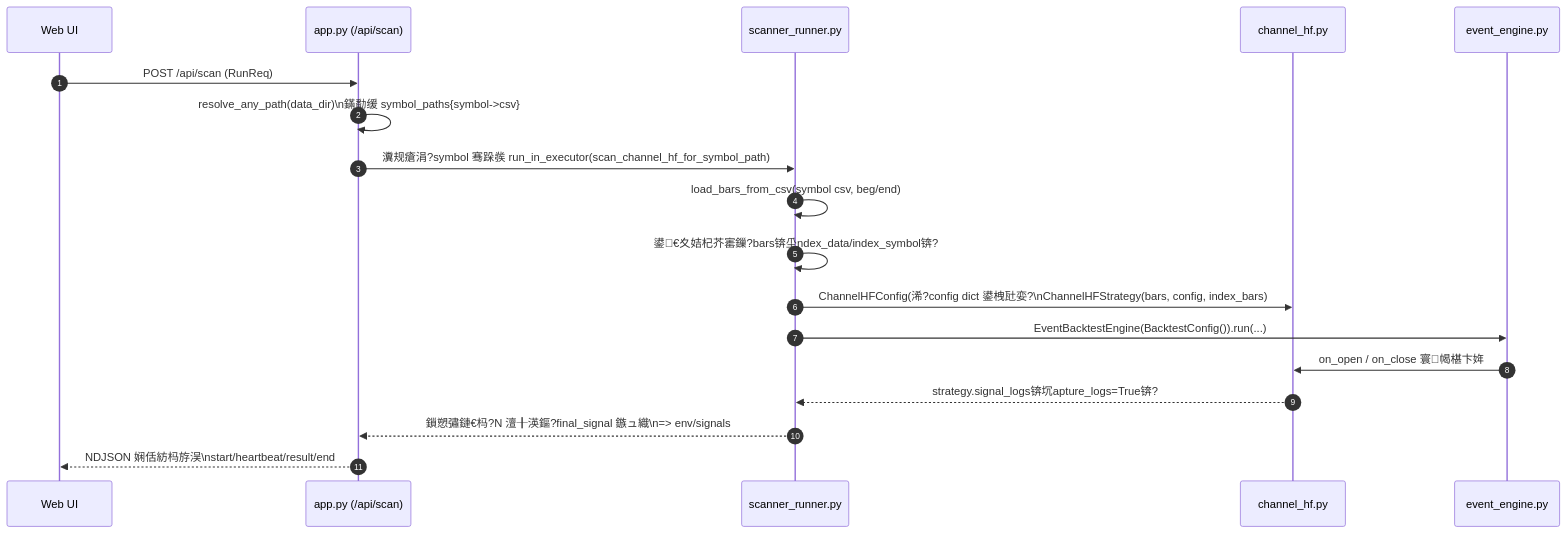
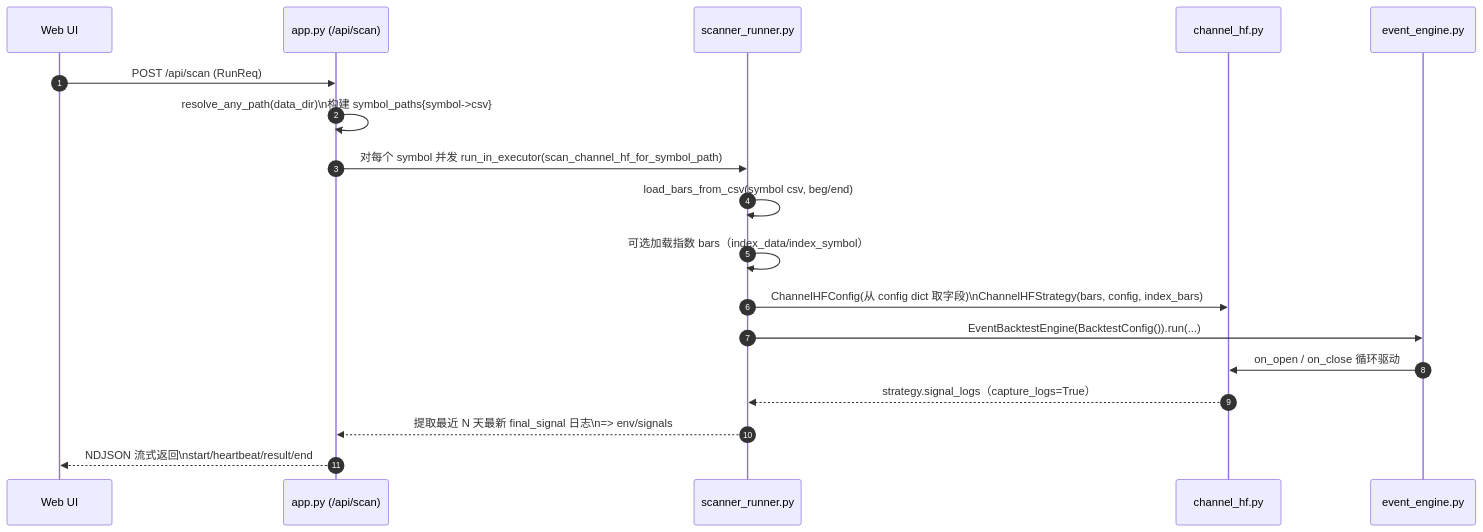
The second of 4 diagrams in ARCHITECTURE.md (Richard-Gao-Code/band-strategy-system), drawn with Mermaid before and after one commit. The commit also changed other lines of this file and 13 other files, not shown here.

````diff
--- a/ARCHITECTURE.md
+++ b/ARCHITECTURE.md
@@ -237,21 +237,21 @@
 ```mermaid
 sequenceDiagram
   autonumber
   participant UI as Web UI
   participant API as app.py (/api/scan)
   participant Runner as scanner_runner.py
   participant Strat as channel_hf.py
   participant Engine as event_engine.py
 
   UI->>API: POST /api/scan (RunReq)
-  API->>API: resolve_any_path(data_dir)\n鏋勫缓 symbol_paths{symbol->csv}
-  API->>Runner: 瀵规瘡涓?symbol 骞跺彂 run_in_executor(scan_channel_hf_for_symbol_path)
+  API->>API: resolve_any_path(data_dir)\n构建 symbol_paths{symbol->csv}
+  API->>Runner: 对每个 symbol 并发 run_in_executor(scan_channel_hf_for_symbol_path)
   Runner->>Runner: load_bars_from_csv(symbol csv, beg/end)
-  Runner->>Runner: 鍙€夊姞杞芥寚鏁?bars锛坕ndex_data/index_symbol锛?
-  Runner->>Strat: ChannelHFConfig(浠?config dict 鍙栧瓧娈?\nChannelHFStrategy(bars, config, index_bars)
+  Runner->>Runner: 可选加载指数 bars（index_data/index_symbol）
+  Runner->>Strat: ChannelHFConfig(从 config dict 取字段)\nChannelHFStrategy(bars, config, index_bars)
   Runner->>Engine: EventBacktestEngine(BacktestConfig()).run(...)
-  Engine->>Strat: on_open / on_close 寰幆椹卞姩
-  Strat-->>Runner: strategy.signal_logs锛坈apture_logs=True锛?
-  Runner-->>API: 鎻愬彇鏈€杩?N 澶╂渶鏂?final_signal 鏃ュ織\n=> env/signals
-  API-->>UI: NDJSON 娴佸紡杩斿洖\nstart/heartbeat/result/end
+  Engine->>Strat: on_open / on_close 循环驱动
+  Strat-->>Runner: strategy.signal_logs（capture_logs=True）
+  Runner-->>API: 提取最近 N 天最新 final_signal 日志\n=> env/signals
+  API-->>UI: NDJSON 流式返回\nstart/heartbeat/result/end
 ```
````
